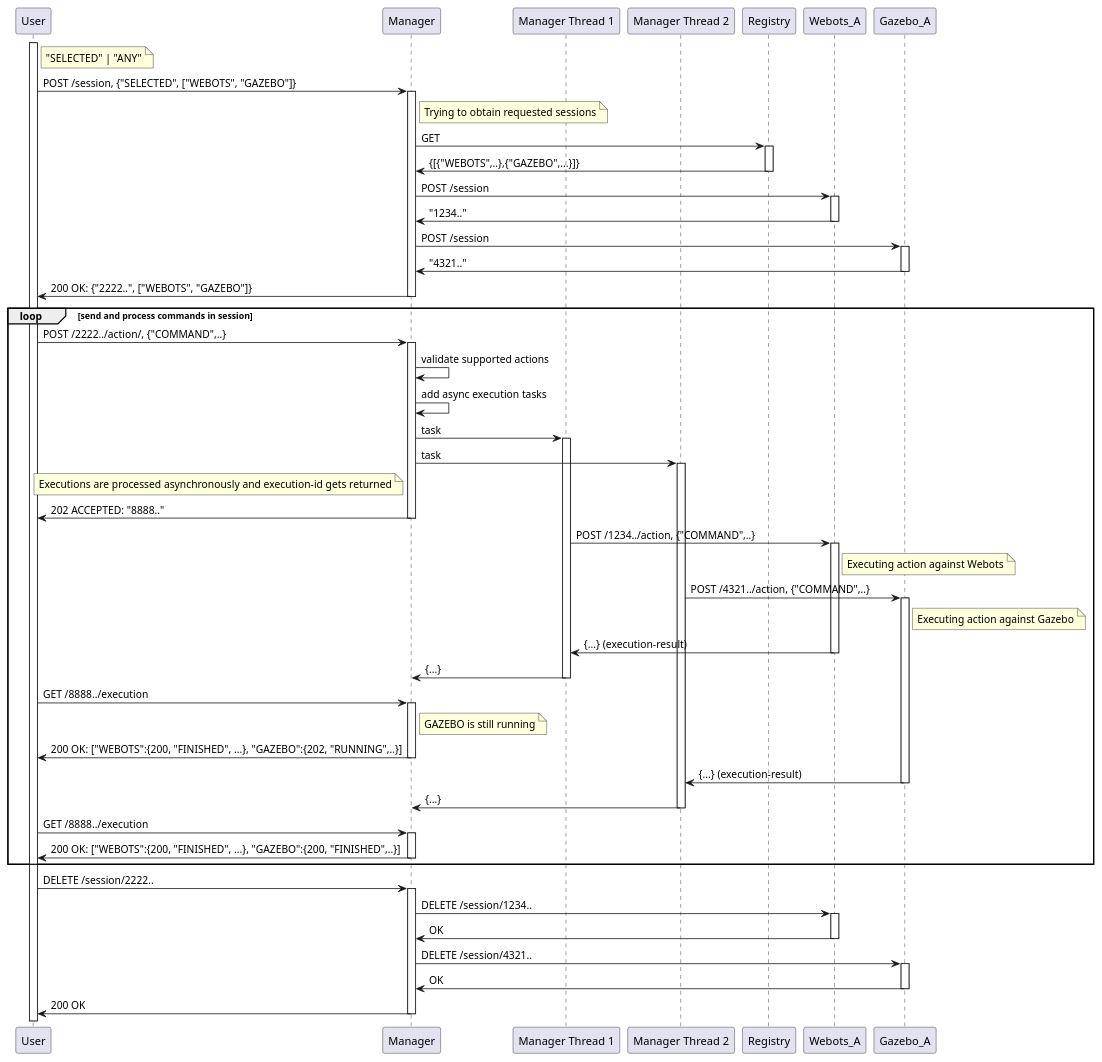
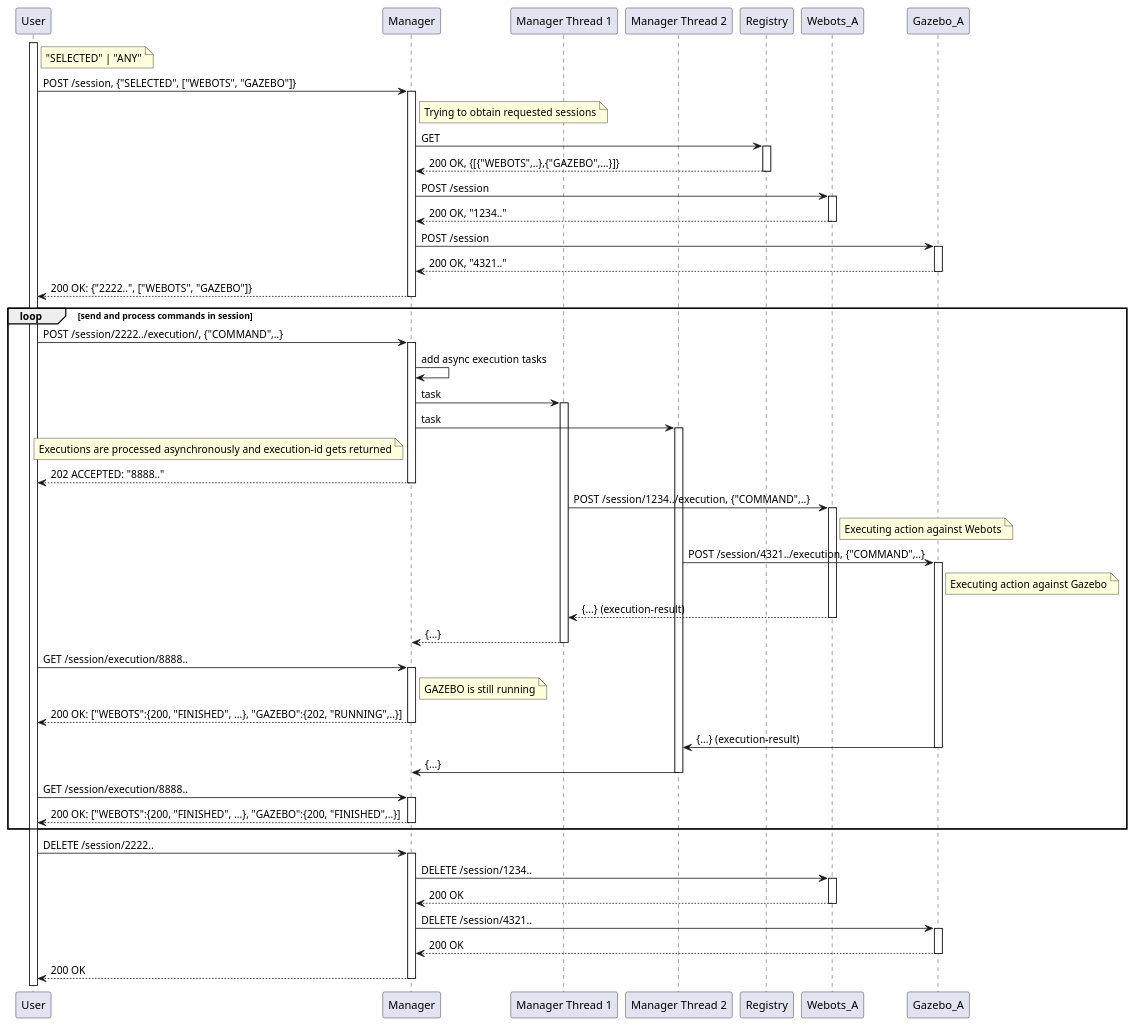
One commit to jku-swe-simcomp/project-management changed the diagram in endpoint-manager/sequence-happy.puml. Above: the diagram before and after it, drawn with PlantUML. The commit also changed 32 other files, not shown here.

Commit message:
updated diagrams

```diff
--- a/endpoint-manager/sequence-happy.puml
+++ b/endpoint-manager/sequence-happy.puml
@@ -1,76 +1,75 @@
 @startuml
 participant "User" as U
 participant "Manager" as M
 participant "Manager Thread 1" as MT1
 participant "Manager Thread 2" as MT2
 participant "Registry" as R
 participant "Webots_A" as W
 participant "Gazebo_A" as G
 activate U
 note right of U: "SELECTED" | "ANY"
 U -> M: POST /session, {"SELECTED", ["WEBOTS", "GAZEBO"]}
 activate M
 note right of M: Trying to obtain requested sessions
 M -> R: GET
 activate R
-R -> M: {[{"WEBOTS",..},{"GAZEBO",...}]}
+R --> M: 200 OK, {[{"WEBOTS",..},{"GAZEBO",...}]}
 deactivate R
 M -> W: POST /session
 activate W
-W -> M: "1234.."
+W --> M: 200 OK, "1234.."
 deactivate W
 M -> G: POST /session
 activate G
-G -> M: "4321.."
+G --> M: 200 OK, "4321.."
 deactivate G
-M -> U: 200 OK: {"2222..", ["WEBOTS", "GAZEBO"]}
+M --> U: 200 OK: {"2222..", ["WEBOTS", "GAZEBO"]}
 deactivate M
 loop send and process commands in session
-U -> M: POST /2222../action/, {"COMMAND",..}
+U -> M: POST /session/2222../execution/, {"COMMAND",..}
 activate M
-M -> M: validate supported actions
 M -> M: add async execution tasks
 M -> MT1: task
 activate MT1
 M -> MT2: task
 activate MT2
 note left of M: Executions are processed asynchronously and execution-id gets returned
-M -> U: 202 ACCEPTED: "8888.."
+M --> U: 202 ACCEPTED: "8888.."
 deactivate M
-MT1 -> W: POST /1234../action, {"COMMAND",..}
+MT1 -> W: POST /session/1234../execution, {"COMMAND",..}
 activate W
 note right of W: Executing action against Webots
-MT2 -> G: POST /4321../action, {"COMMAND",..}
+MT2 -> G: POST /session/4321../execution, {"COMMAND",..}
 activate G
 note right of G: Executing action against Gazebo
-W -> MT1: {...} (execution-result)
+W --> MT1: {...} (execution-result)
 deactivate W
-MT1 -> M: {...}
+MT1 --> M: {...}
 deactivate MT1
-U -> M: GET /8888../execution
+U -> M: GET /session/execution/8888..
 activate M
 note right of M: GAZEBO is still running
-M -> U: 200 OK: ["WEBOTS":{200, "FINISHED", ...}, "GAZEBO":{202, "RUNNING",..}]
+M --> U: 200 OK: ["WEBOTS":{200, "FINISHED", ...}, "GAZEBO":{202, "RUNNING",..}]
 deactivate M
 G -> MT2: {...} (execution-result)
 deactivate G
 MT2 -> M: {...}
 deactivate MT2
-U -> M: GET /8888../execution
+U -> M: GET /session/execution/8888..
 activate M
-M -> U: 200 OK: ["WEBOTS":{200, "FINISHED", ...}, "GAZEBO":{200, "FINISHED",..}]
+M --> U: 200 OK: ["WEBOTS":{200, "FINISHED", ...}, "GAZEBO":{200, "FINISHED",..}]
 deactivate M
 end
 U -> M: DELETE /session/2222..
 activate M
 M -> W: DELETE /session/1234..
 activate W
-W -> M: OK
+W --> M: 200 OK
 deactivate W
 M -> G: DELETE /session/4321..
 activate G
-G -> M: OK
+G --> M: 200 OK
 deactivate G
-M -> U: 200 OK
+M --> U: 200 OK
 deactivate M
 @enduml
```
